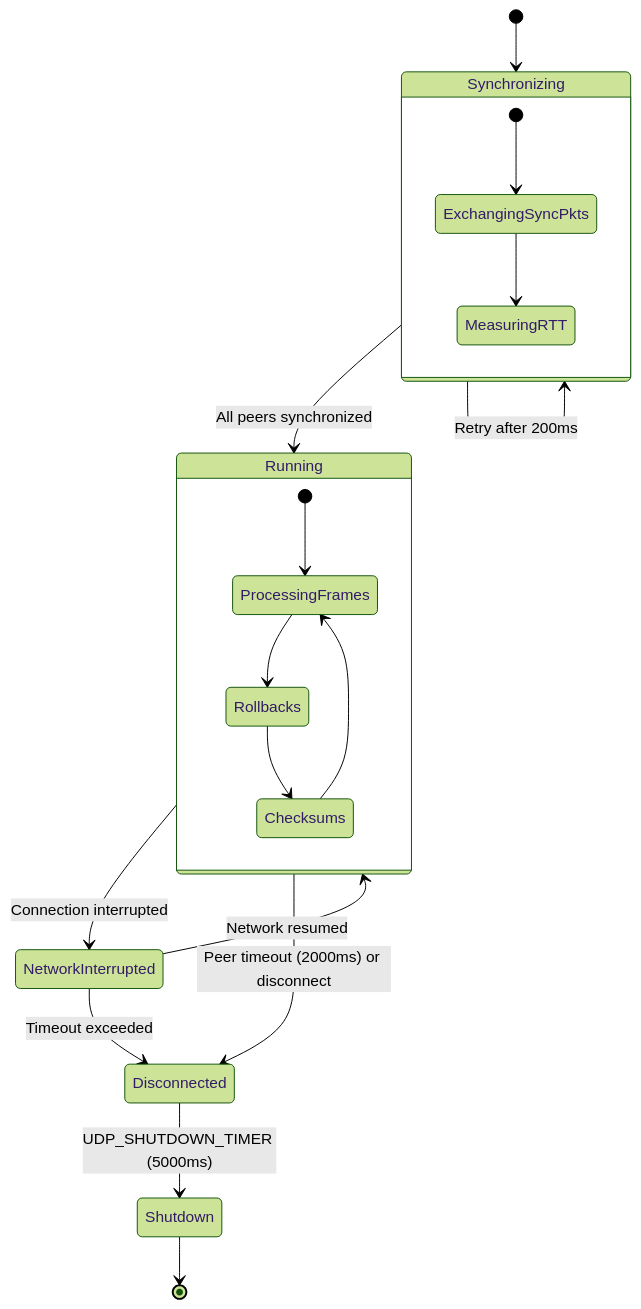
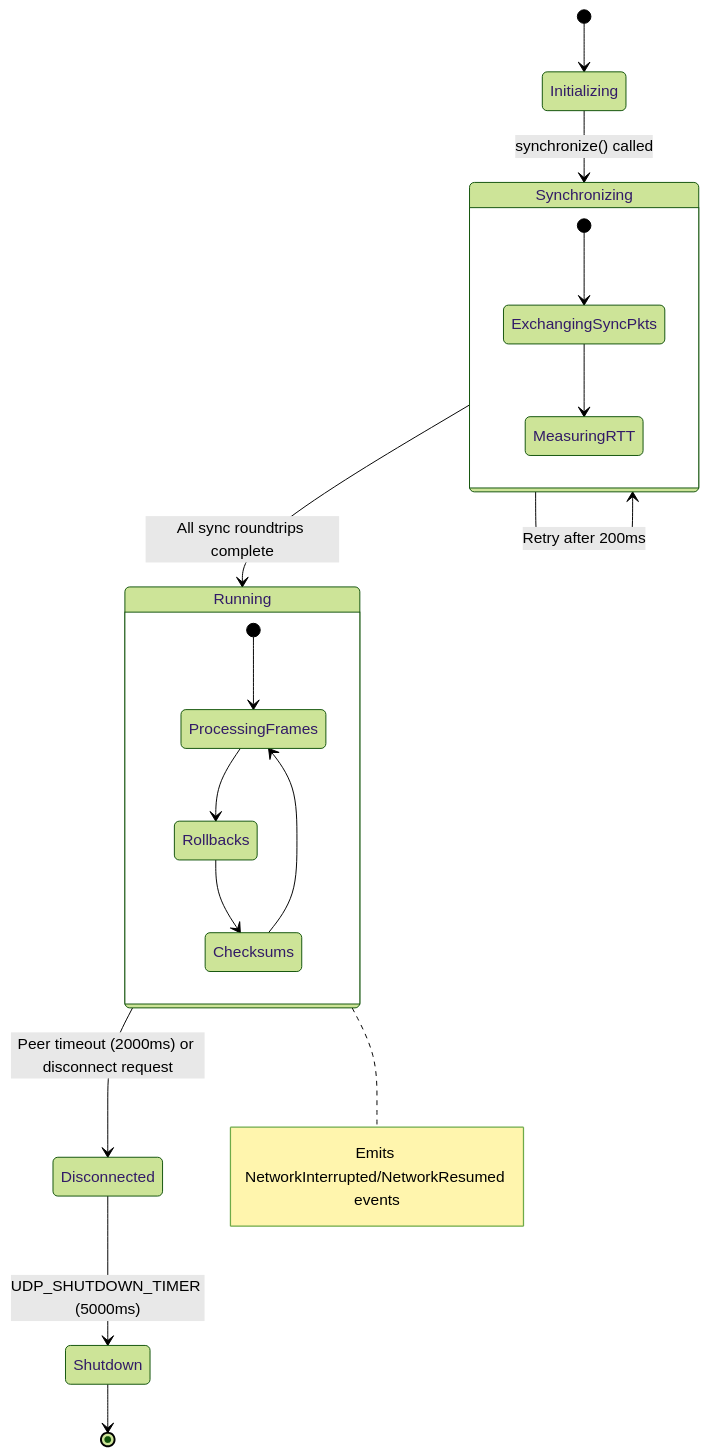
One commit to wallstop/fortress-rollback changed the third of 5 diagrams in docs/architecture.md. Above: the diagram before and after it, drawn with Mermaid (forest theme). The commit also changed other lines of this file and 37 other files, not shown here.

````diff
--- a/docs/architecture.md
+++ b/docs/architecture.md
@@ -586,28 +601,27 @@
 ```mermaid
 stateDiagram-v2
-    [*] --> Synchronizing
+    [*] --> Initializing
 
-    Synchronizing --> Running: All peers synchronized
+    Initializing --> Synchronizing: synchronize() called
+
+    Synchronizing --> Running: All sync roundtrips complete
     Synchronizing --> Synchronizing: Retry after 200ms
 
-    Running --> NetworkInterrupted: Connection interrupted
-    Running --> Disconnected: Peer timeout (2000ms) or disconnect
-
-    NetworkInterrupted --> Running: Network resumed
-    NetworkInterrupted --> Disconnected: Timeout exceeded
+    Running --> Disconnected: Peer timeout (2000ms) or disconnect request
+    note right of Running: Emits NetworkInterrupted/NetworkResumed events
 
     Disconnected --> Shutdown: UDP_SHUTDOWN_TIMER (5000ms)
     Shutdown --> [*]
 
     state Synchronizing {
         [*] --> ExchangingSyncPkts
         ExchangingSyncPkts --> MeasuringRTT
     }
 
     state Running {
         [*] --> ProcessingFrames
         ProcessingFrames --> Rollbacks
         Rollbacks --> Checksums
         Checksums --> ProcessingFrames
     }
 ```
````
